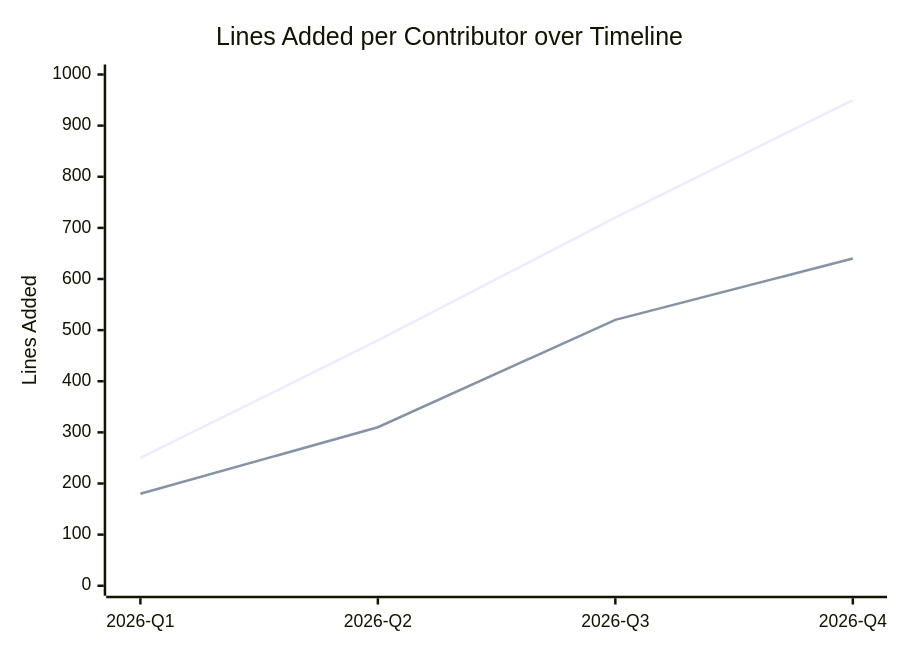
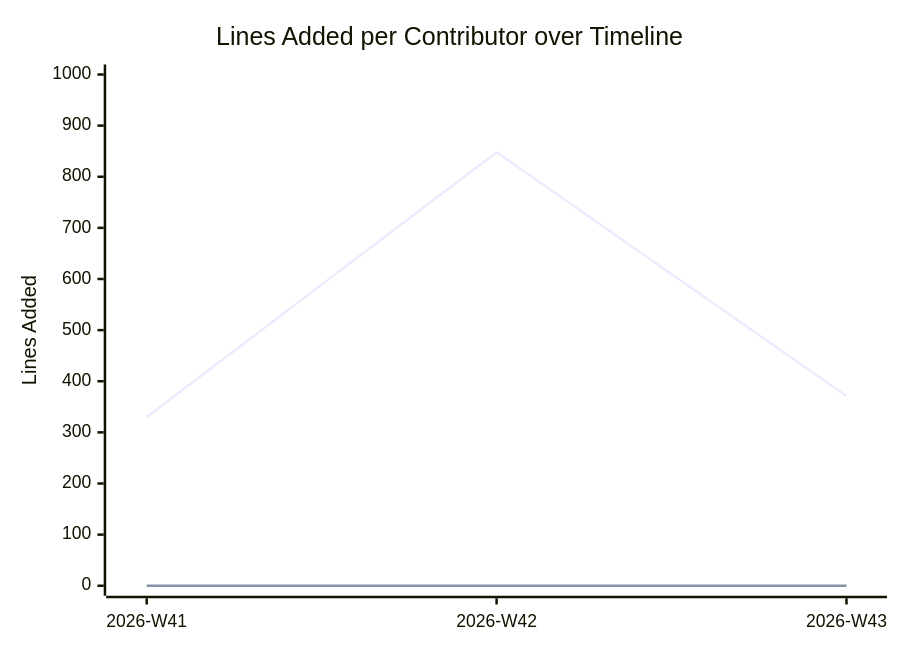
The diagram in documentation/snippets/management/code-additions.mmd (BeyondMagic/swe-template), drawn with Mermaid before and after one commit. The commit also changed 8 other files, not shown here.

```diff
--- a/documentation/snippets/management/code-additions.mmd
+++ b/documentation/snippets/management/code-additions.mmd
@@ -1,6 +1,6 @@
 xychart-beta
     title "Lines Added per Contributor over Timeline"
-    x-axis ["2026-Q1", "2026-Q2", "2026-Q3", "2026-Q4"]
+    x-axis ["2026-W41", "2026-W42", "2026-W43"]
     y-axis "Lines Added" 0 --> 1000
-    line [250, 480, 720, 950]
-    line [180, 310, 520, 640]
+    line [330, 848, 371]
+    line [0, 0, 0]
```
